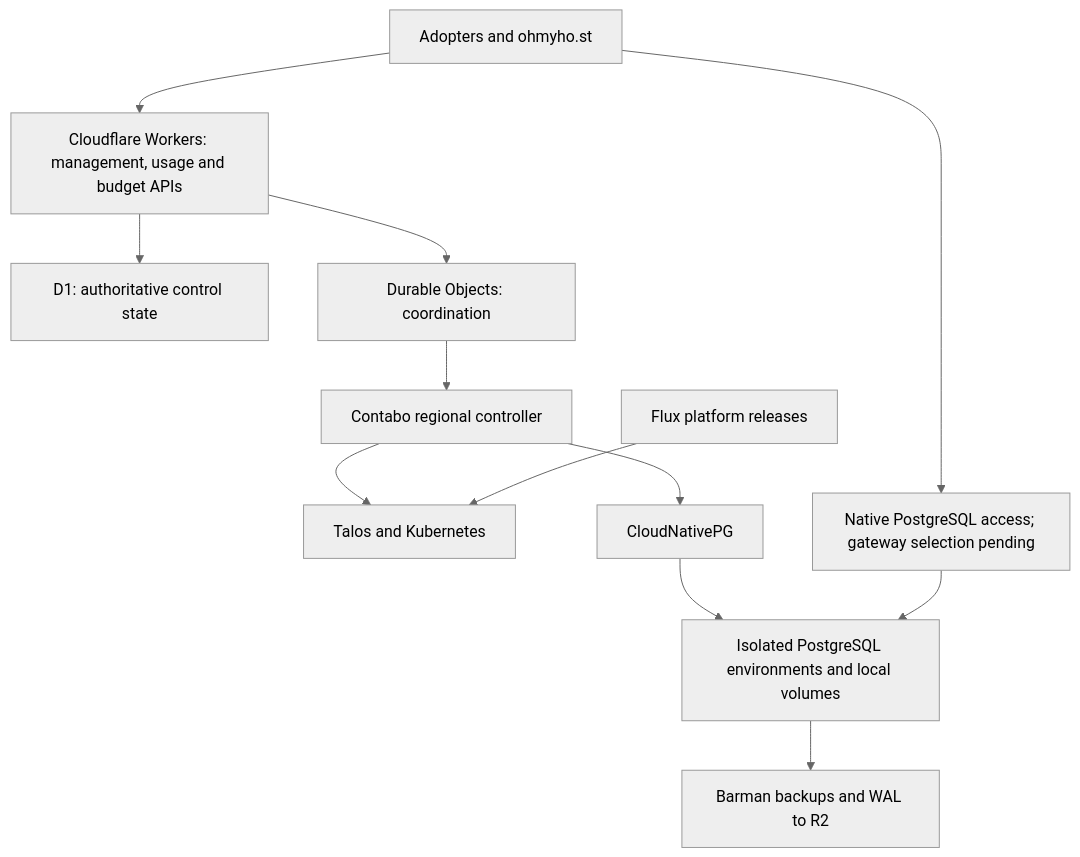
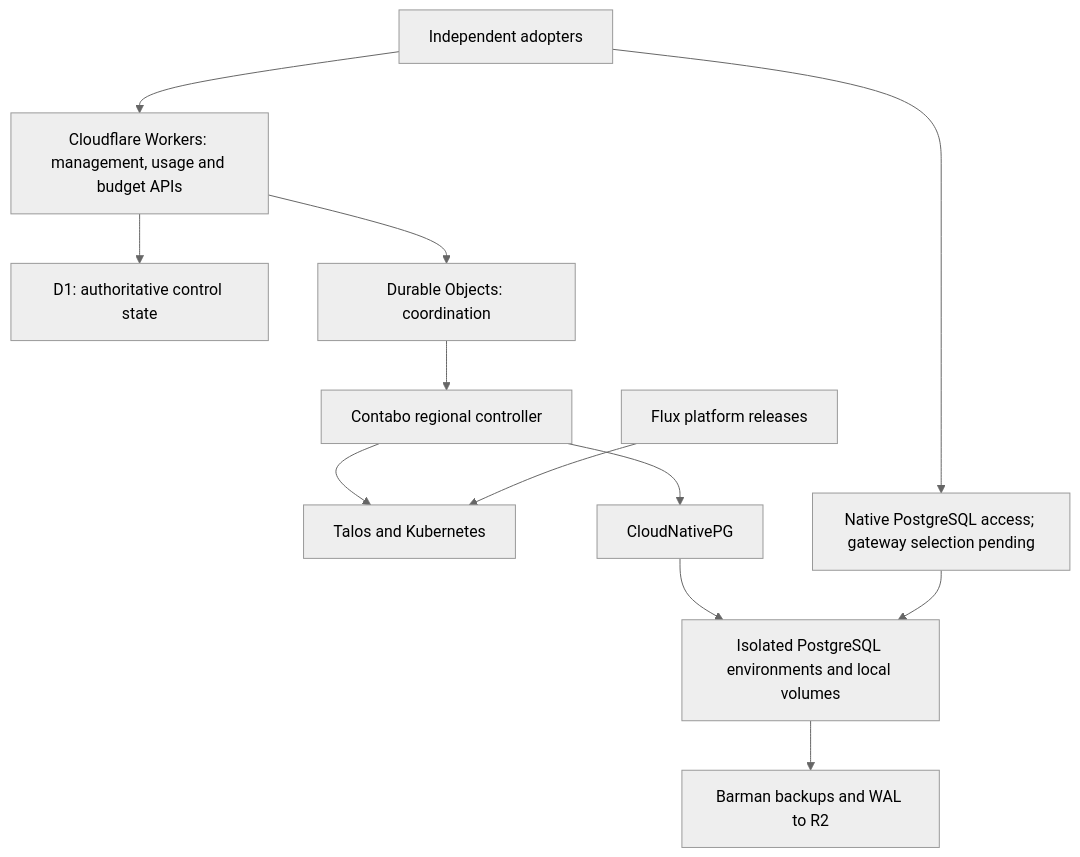
The diagram in README.md (amerged-org/cloudflare-postgres), drawn with Mermaid (neutral theme) before and after one commit. The commit also changed other lines of this file and 3 other files, not shown here.

````diff
--- a/README.md
+++ b/README.md
@@ -21,14 +21,14 @@
 ```mermaid
 flowchart TB
-    Adopters["Adopters and ohmyho.st"] --> API["Cloudflare Workers: management, usage and budget APIs"]
+    Adopters["Independent adopters"] --> API["Cloudflare Workers: management, usage and budget APIs"]
     API --> State["D1: authoritative control state"]
     API --> Coordination["Durable Objects: coordination"]
     Coordination --> Controller["Contabo regional controller"]
     Controller --> Fleet["Talos and Kubernetes"]
     Controller --> CNPG["CloudNativePG"]
     CNPG --> Databases["Isolated PostgreSQL environments and local volumes"]
     Adopters --> Access["Native PostgreSQL access; gateway selection pending"]
     Access --> Databases
     Databases --> Backups["Barman backups and WAL to R2"]
     Flux["Flux platform releases"] --> Fleet
 ```
````
